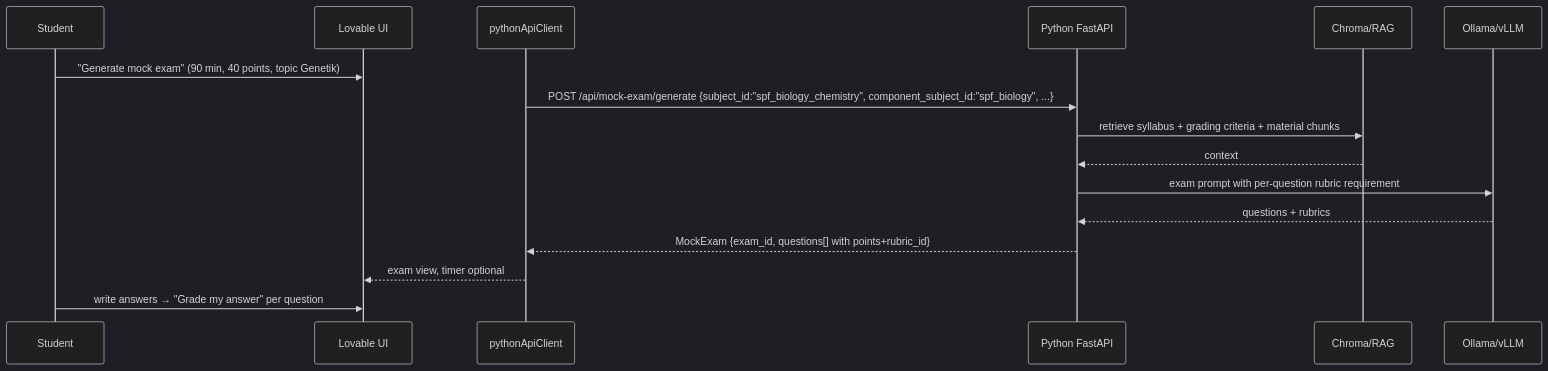
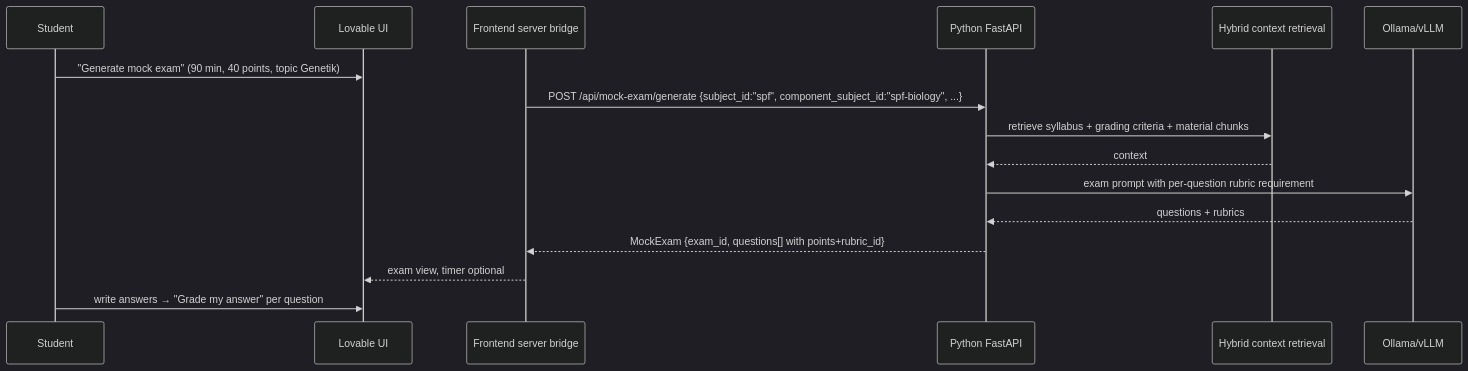
The eighth of 14 diagrams in docs/USER_FLOWS.md (keyshavmor/study-swiss-star), drawn with Mermaid (dark theme) before and after one commit. The commit also changed other lines of this file and 75 other files, not shown here.

````diff
--- a/docs/USER_FLOWS.md
+++ b/docs/USER_FLOWS.md
@@ -171,18 +171,18 @@
 ```mermaid
 sequenceDiagram
     participant Student
     participant UI as Lovable UI
-    participant SF as pythonApiClient
+    participant SF as Frontend server bridge
     participant PY as Python FastAPI
-    participant RAG as Chroma/RAG
+    participant RAG as Hybrid context retrieval
     participant LLM as Ollama/vLLM
     Student->>UI: "Generate mock exam" (90 min, 40 points, topic Genetik)
-    SF->>PY: POST /api/mock-exam/generate {subject_id:"spf_biology_chemistry", component_subject_id:"spf_biology", ...}
+    SF->>PY: POST /api/mock-exam/generate {subject_id:"spf", component_subject_id:"spf-biology", ...}
     PY->>RAG: retrieve syllabus + grading criteria + material chunks
     RAG-->>PY: context
     PY->>LLM: exam prompt with per-question rubric requirement
     LLM-->>PY: questions + rubrics
     PY-->>SF: MockExam {exam_id, questions[] with points+rubric_id}
     SF-->>UI: exam view, timer optional
     Student->>UI: write answers → "Grade my answer" per question
 ```
````
